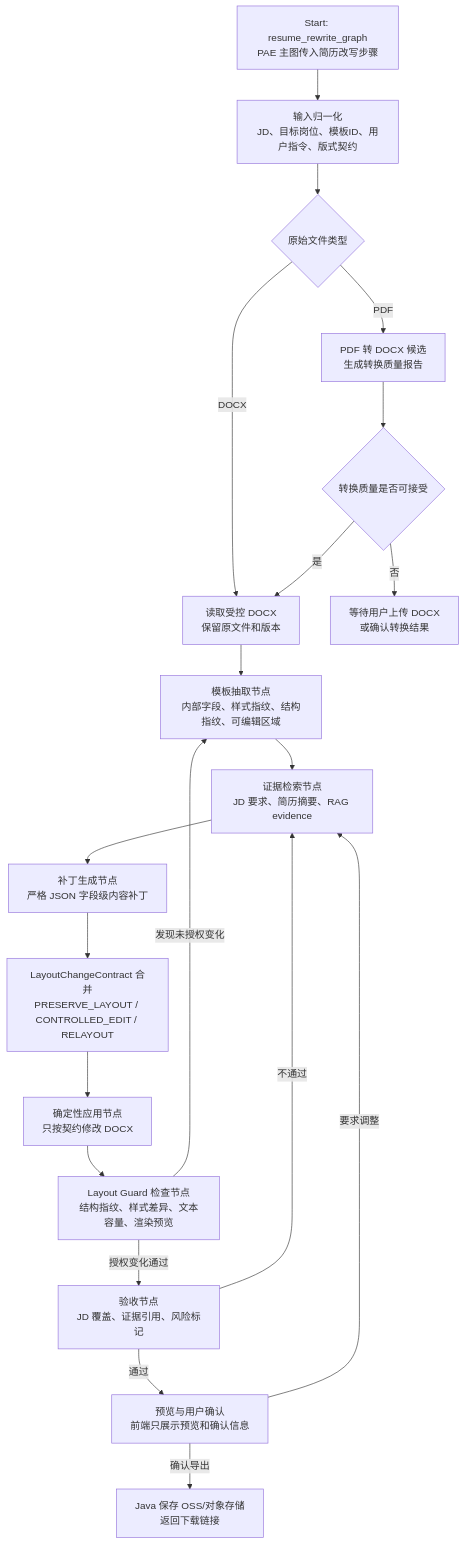
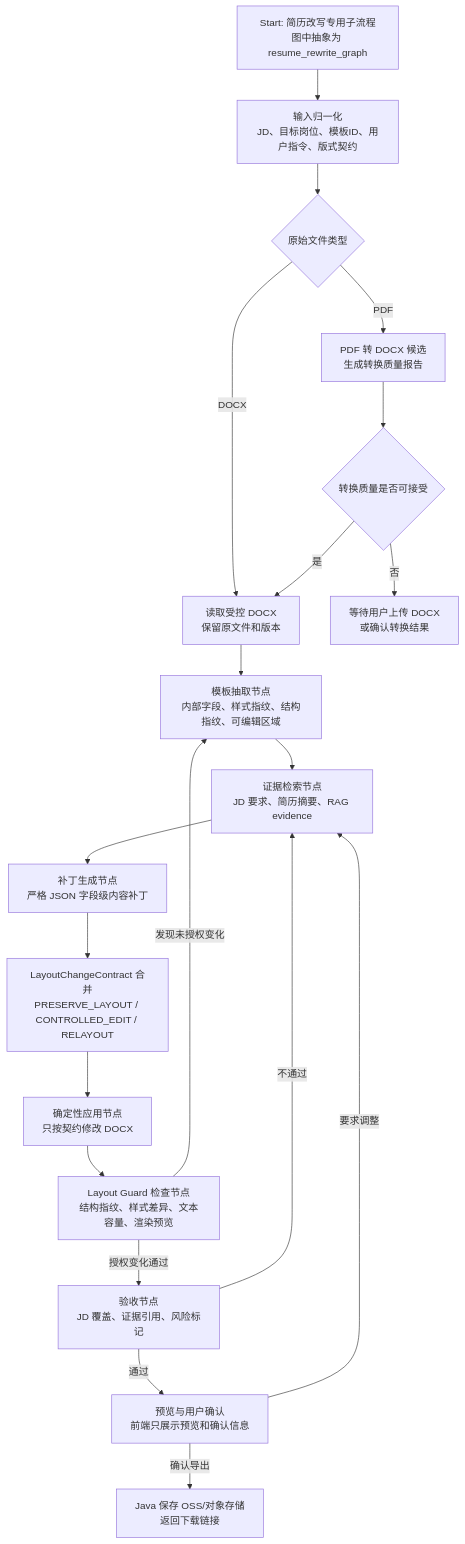
The eighth of 11 diagrams in README.md (HeWhenJay/Multimodal-RAG-Agent-Learning-Evidence-Platform), drawn with Mermaid before and after one commit. The commit also changed other lines of this file, not shown here.

Commit message:
docs: 拆分 README 流程图并清理阶段表述

````diff
--- a/README.md
+++ b/README.md
@@ -282,23 +250,23 @@
 ```mermaid
 flowchart TD
-    A["Start: resume_rewrite_graph<br/>PAE 主图传入简历改写步骤"] --> B["输入归一化<br/>JD、目标岗位、模板ID、用户指令、版式契约"]
+    A["Start: 简历改写专用子流程<br/>图中抽象为 resume_rewrite_graph"] --> B["输入归一化<br/>JD、目标岗位、模板ID、用户指令、版式契约"]
     B --> C{"原始文件类型"}
     C -->|"DOCX"| D["读取受控 DOCX<br/>保留原文件和版本"]
     C -->|"PDF"| E["PDF 转 DOCX 候选<br/>生成转换质量报告"]
     E --> EQ{"转换质量是否可接受"}
     EQ -->|"否"| ESTOP["等待用户上传 DOCX<br/>或确认转换结果"]
     EQ -->|"是"| D
 
     D --> F["模板抽取节点<br/>内部字段、样式指纹、结构指纹、可编辑区域"]
     F --> R["证据检索节点<br/>JD 要求、简历摘要、RAG evidence"]
     R --> H["补丁生成节点<br/>严格 JSON 字段级内容补丁"]
     H --> LC["LayoutChangeContract 合并<br/>PRESERVE_LAYOUT / CONTROLLED_EDIT / RELAYOUT"]
     LC --> I["确定性应用节点<br/>只按契约修改 DOCX"]
     I --> J["Layout Guard 检查节点<br/>结构指纹、样式差异、文本容量、渲染预览"]
     J -->|"发现未授权变化"| F
     J -->|"授权变化通过"| K["验收节点<br/>JD 覆盖、证据引用、风险标记"]
     K -->|"不通过"| R
     K -->|"通过"| L["预览与用户确认<br/>前端只展示预览和确认信息"]
     L -->|"确认导出"| M["Java 保存 OSS/对象存储<br/>返回下载链接"]
     L -->|"要求调整"| R
 ```
````
